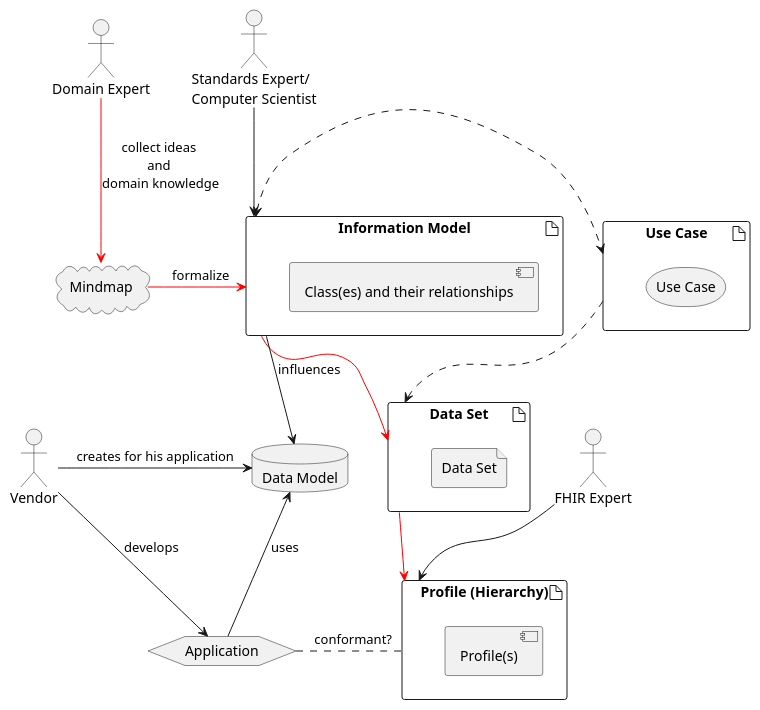
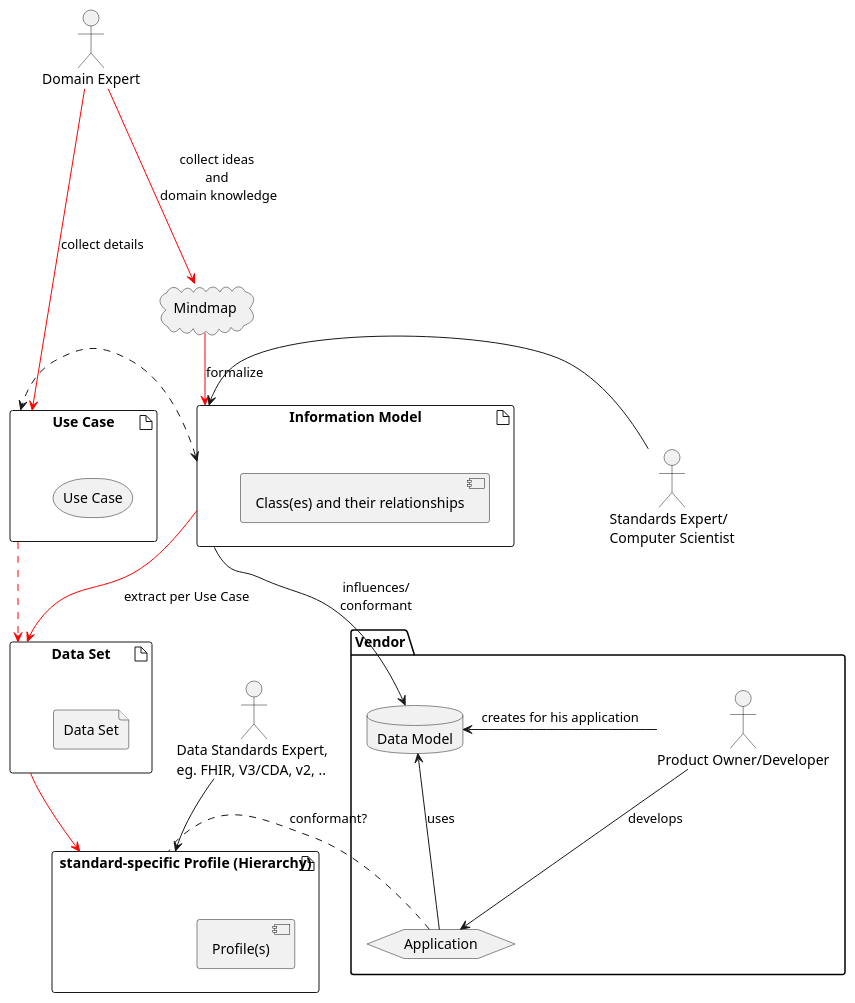
Before and after one commit to frankoemig/vital-signs-demo: the diagram in input/images-source/guide.plantuml, drawn with PlantUML. The commit also changed 15 other files, not shown here.

```diff
--- a/input/images-source/guide.plantuml
+++ b/input/images-source/guide.plantuml
@@ -1,48 +1,52 @@
 @startuml
 
 :Domain Expert: as de
-:Standards Expert/\nComputer Scientist: as se
-:FHIR Expert: as fe
-:Vendor: as vendor
+:Data Standards Expert, \neg. FHIR, V3/CDA, v2, ..: as fe
+
+package "Vendor" as pkg {
+    :Product Owner/Developer: as vendor
+    database "Data Model" as dm
+    hexagon "Application" as app
+}
 
 cloud "Mindmap" as mm
+:Standards Expert/\nComputer Scientist: as se
 
 artifact "Information Model" as im {
     component "Class(es) and their relationships"
 }
 artifact "Data Set" as ds {
     file "Data Set"
 }
 
-artifact "Profile (Hierarchy)" as prof {
+artifact "standard-specific Profile (Hierarchy)" as prof {
     component "Profile(s)"
 }
 
 artifact "Use Case" as uc {
     storage "Use Case"
 }
 
-de -[#red]down-> mm : collect ideas \nand \ndomain knowledge
+de -[#red]down--> mm : collect ideas \nand \ndomain knowledge
+de -[#red]down--> uc: collect details
 
-mm -[#red]right-> im : formalize
-im -[#red]down-> ds
+mm -[#red]down-> im : formalize
+im -[#red]down-> ds : extract per Use Case
 ds -[#red]right-> prof
 
-se --> im
+se -left-> im
 fe --> prof
 
 uc <.left.> im
-uc ..> ds
+uc .[#red].> ds
 
-database "Data Model" as dm
-hexagon "Application" as app
 
 vendor -right-> dm : creates for his application
-im --> dm : influences
+im --> dm : influences/\nconformant
 vendor -right-> app : develops
 app -up-> dm : uses
 mm .[hidden]down. vendor
 
 app .right... prof : conformant?
 
 @enduml
```
